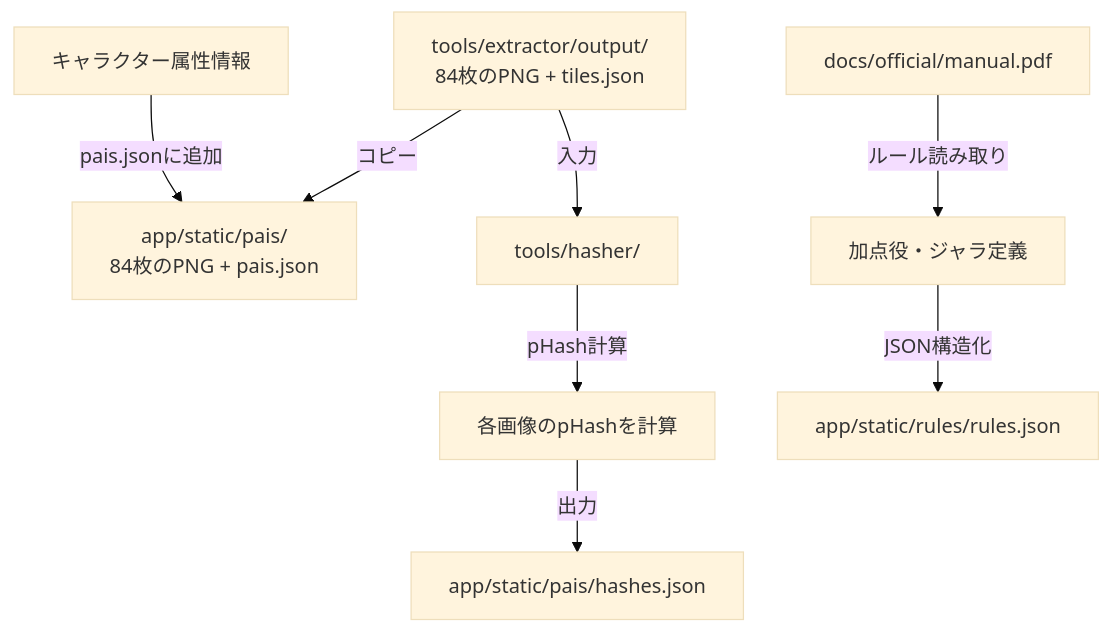
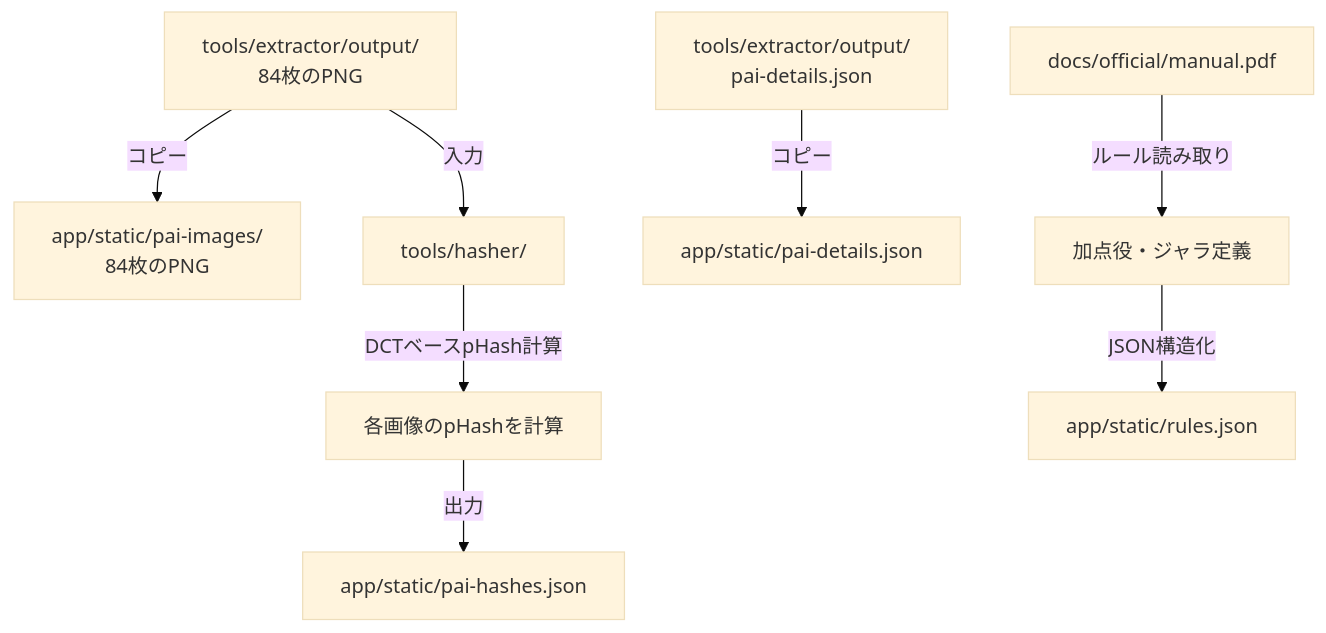
The fifth of 10 diagrams in docs/design/pie-recognition/dataflow.md (shokkunrf/nanjara), drawn with Mermaid (base theme) before and after one commit. The commit also changed other lines of this file and 21 other files, not shown here.

````diff
--- a/docs/design/pie-recognition/dataflow.md
+++ b/docs/design/pie-recognition/dataflow.md
@@ -167,12 +193,12 @@
 ```mermaid
 flowchart TD
-    A[tools/extractor/output/<br>84枚のPNG + tiles.json] -->|コピー| B[app/static/pais/<br>84枚のPNG + pais.json]
+    A[tools/extractor/output/<br>84枚のPNG] -->|コピー| B[app/static/pai-images/<br>84枚のPNG]
     A -->|入力| C[tools/hasher/]
-    C -->|pHash計算| D[各画像のpHashを計算]
-    D -->|出力| E[app/static/pais/hashes.json]
+    C -->|DCTベースpHash計算| D[各画像のpHashを計算]
+    D -->|出力| E[app/static/pai-hashes.json]
 
-    F[docs/official/manual.pdf] -->|ルール読み取り| G[加点役・ジャラ定義]
-    G -->|JSON構造化| H[app/static/rules/rules.json]
+    F[tools/extractor/output/<br>pai-details.json] -->|コピー| G[app/static/pai-details.json]
 
-    I[キャラクター属性情報] -->|pais.jsonに追加| B
+    H[docs/official/manual.pdf] -->|ルール読み取り| I[加点役・ジャラ定義]
+    I -->|JSON構造化| J[app/static/rules.json]
 ```
````
